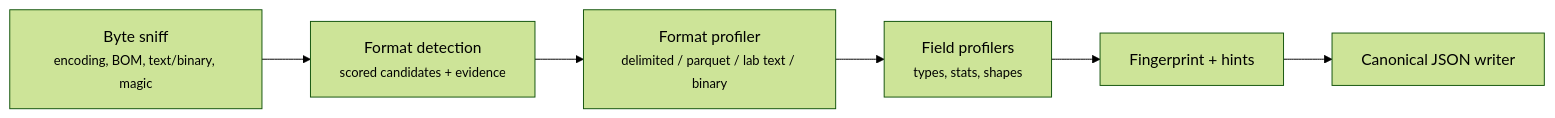
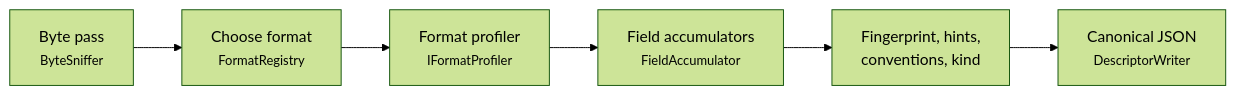
Before and after one commit to squalor-xyz/squalify: the diagram in docs/design.md, drawn with Mermaid (forest theme). The commit also changed other lines of this file and 41 other files, not shown here.

Commit message:
Spec pass: full specs for sq-01..sq-15, design and descriptor docs, how-it-works page with renders

````diff
--- a/docs/design.md
+++ b/docs/design.md
@@ -25,8 +27,8 @@
 ```mermaid
 flowchart LR
-  A[Byte sniff<br/><small>encoding, BOM, text/binary, magic</small>] --> B[Format detection<br/><small>scored candidates + evidence</small>]
-  B --> C[Format profiler<br/><small>delimited / parquet / lab text / binary</small>]
-  C --> D[Field profilers<br/><small>types, stats, shapes</small>]
-  D --> E[Fingerprint + hints]
-  E --> F[Canonical JSON writer]
+  A[Byte pass<br/><small>ByteSniffer</small>] --> B[Choose format<br/><small>FormatRegistry</small>]
+  B --> C[Format profiler<br/><small>IFormatProfiler</small>]
+  C --> D[Field accumulators<br/><small>FieldAccumulator</small>]
+  D --> E[Fingerprint, hints,<br/>conventions, kind]
+  E --> F[Canonical JSON<br/><small>DescriptorWriter</small>]
 ```
````
